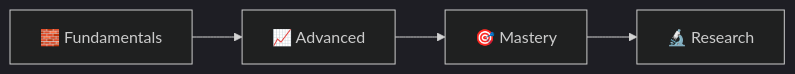
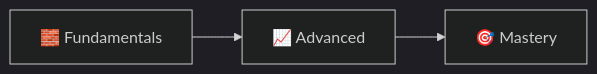
One commit to robotbrainlab/robotbrainlab.github.io changed the first of 6 diagrams in _sources/ai-roadmap/README.md. Above: the diagram before and after it, drawn with Mermaid (dark theme). The commit also changed other lines of this file and 176 other files, not shown here.

````diff
--- a/_sources/ai-roadmap/README.md
+++ b/_sources/ai-roadmap/README.md
@@ -51,4 +50,4 @@
 ```mermaid
 flowchart LR
-    F["🧱 Fundamentals"] --> A["📈 Advanced"] --> M["🎯 Mastery"] --> R["🔬 Research"]
+    F["🧱 Fundamentals"] --> A["📈 Advanced"] --> M["🎯 Mastery"]
 ```
````
